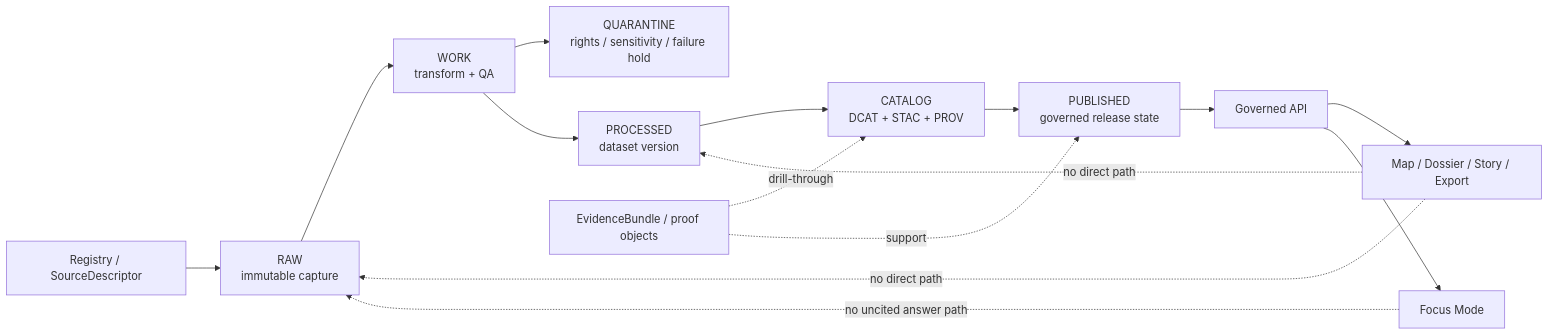
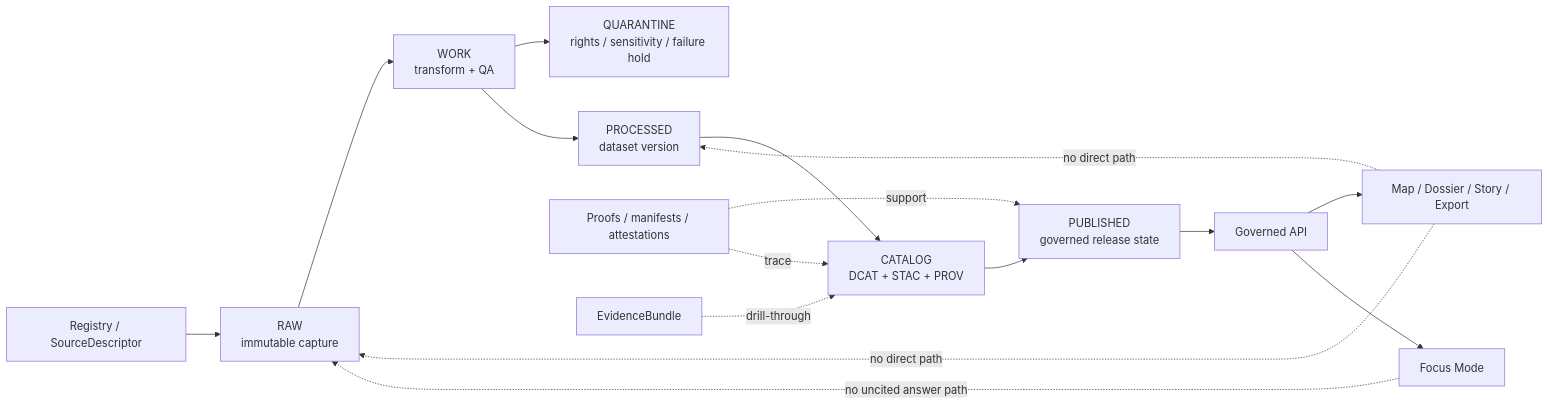
The diagram in data/README.md (bartytime4life/Kansas-Frontier-Matrix), drawn with Mermaid before and after one commit. The commit also changed other lines of this file, not shown here.

````diff
--- a/data/README.md
+++ b/data/README.md
@@ -283,20 +322,21 @@
 ```mermaid
 flowchart LR
     REG[Registry / SourceDescriptor] --> RAW[RAW<br/>immutable capture]
     RAW --> WORK[WORK<br/>transform + QA]
     WORK --> QUAR[QUARANTINE<br/>rights / sensitivity / failure hold]
     WORK --> PROC[PROCESSED<br/>dataset version]
     PROC --> CAT[CATALOG<br/>DCAT + STAC + PROV]
     CAT --> PUB[PUBLISHED<br/>governed release state]
 
     PUB --> API[Governed API]
     API --> UI[Map / Dossier / Story / Export]
     API --> FOCUS[Focus Mode]
 
-    EVD[EvidenceBundle / proof objects] -. drill-through .-> CAT
-    EVD -. support .-> PUB
+    PROOF[Proofs / manifests / attestations] -. support .-> PUB
+    PROOF -. trace .-> CAT
+    EVD[EvidenceBundle] -. drill-through .-> CAT
 
     UI -. no direct path .-> RAW
     UI -. no direct path .-> PROC
     FOCUS -. no uncited answer path .-> RAW
 ```
````
